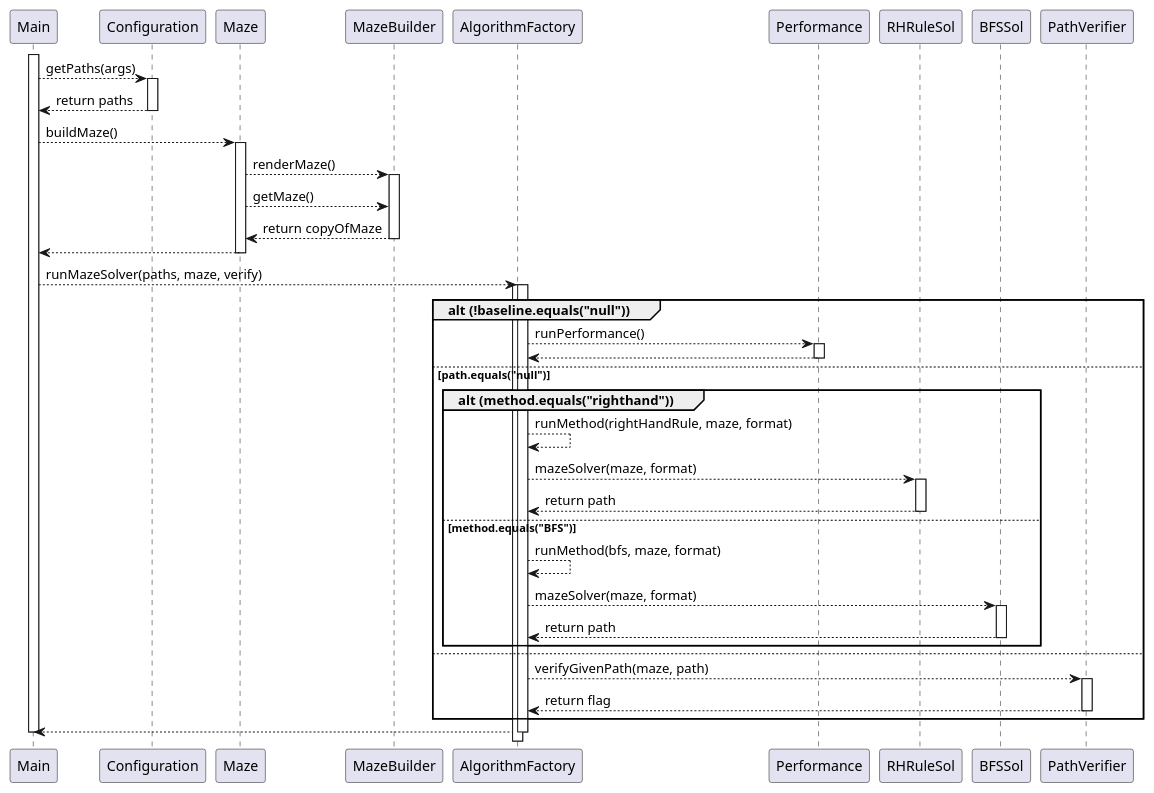
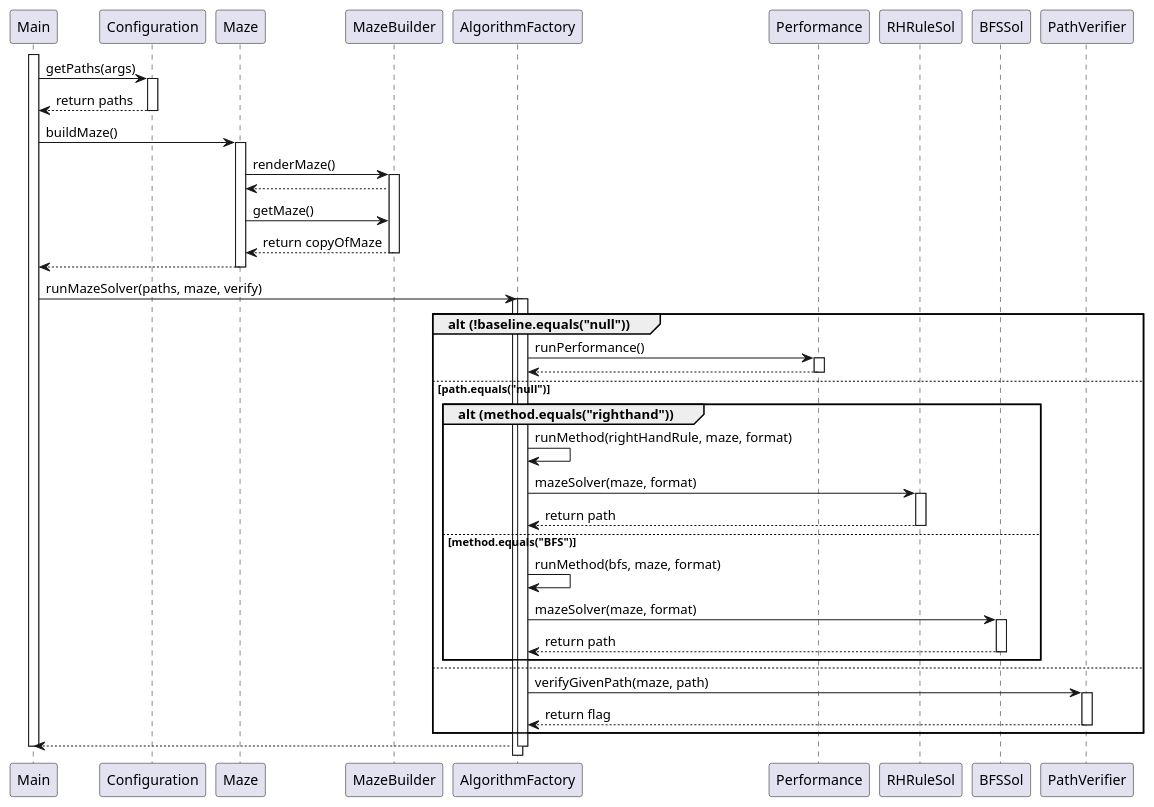
Before and after one commit to AhsanM71/Maze-Solver-and-Verification-System: the diagram in src/main/UMLDiagrams/HighLevelSequenceDiagram.plantuml, drawn with PlantUML. The commit also changed 4 other files, not shown here.

Commit message:
fixed uml diagram

```diff
--- a/src/main/UMLDiagrams/HighLevelSequenceDiagram.plantuml
+++ b/src/main/UMLDiagrams/HighLevelSequenceDiagram.plantuml
@@ -1,66 +1,67 @@
 @startuml Sequence
 
     participant Main
     participant Configuration
     participant Maze
     participant MazeBuilder
     participant AlgorithmFactory
     participant Performance
     participant RHRuleSol
     participant BFSSol
     participant PathVerifier
     
     activate Main
-    Main --> Configuration: getPaths(args) 
+    Main -> Configuration: getPaths(args) 
     activate Configuration
     Main <-- Configuration: return paths
     deactivate Configuration
 
-    Main --> Maze: buildMaze()
+    Main -> Maze: buildMaze()
     activate Maze
     
-    Maze --> MazeBuilder: renderMaze()
+    Maze -> MazeBuilder: renderMaze()
     activate MazeBuilder
-    Maze --> MazeBuilder: getMaze()
+    Maze <-- MazeBuilder:
+    Maze -> MazeBuilder: getMaze()
     Maze <-- MazeBuilder: return copyOfMaze
     deactivate MazeBuilder
     Main <-- Maze: 
     deactivate Maze
 
-    Main --> AlgorithmFactory ++: runMazeSolver(paths, maze, verify)
+    Main -> AlgorithmFactory ++: runMazeSolver(paths, maze, verify)
     activate AlgorithmFactory
     group alt (!baseline.equals("null"))
 
-    AlgorithmFactory --> Performance: runPerformance()
+    AlgorithmFactory -> Performance: runPerformance()
     activate Performance
 
     AlgorithmFactory <-- Performance
     deactivate Performance
     else path.equals("null")
 
     group alt (method.equals("righthand"))
-    AlgorithmFactory --> AlgorithmFactory: runMethod(rightHandRule, maze, format)
-    AlgorithmFactory --> RHRuleSol: mazeSolver(maze, format)
+    AlgorithmFactory -> AlgorithmFactory: runMethod(rightHandRule, maze, format)
+    AlgorithmFactory -> RHRuleSol: mazeSolver(maze, format)
     activate RHRuleSol
     AlgorithmFactory <-- RHRuleSol: return path
     deactivate RHRuleSol
 
     else method.equals("BFS")
-    AlgorithmFactory --> AlgorithmFactory: runMethod(bfs, maze, format)
-    AlgorithmFactory --> BFSSol: mazeSolver(maze, format)
+    AlgorithmFactory -> AlgorithmFactory: runMethod(bfs, maze, format)
+    AlgorithmFactory -> BFSSol: mazeSolver(maze, format)
     activate BFSSol
     AlgorithmFactory <-- BFSSol: return path
     deactivate BFSSol
     end
     else 
 
-    AlgorithmFactory --> PathVerifier: verifyGivenPath(maze, path)
+    AlgorithmFactory -> PathVerifier: verifyGivenPath(maze, path)
     activate PathVerifier
     AlgorithmFactory <-- PathVerifier: return flag
     deactivate PathVerifier
     end
 
     Main <-- AlgorithmFactory
     deactivate AlgorithmFactory
     deactivate Main
 @enduml
```
